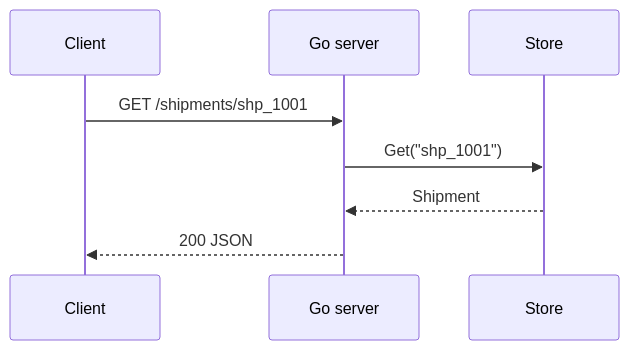
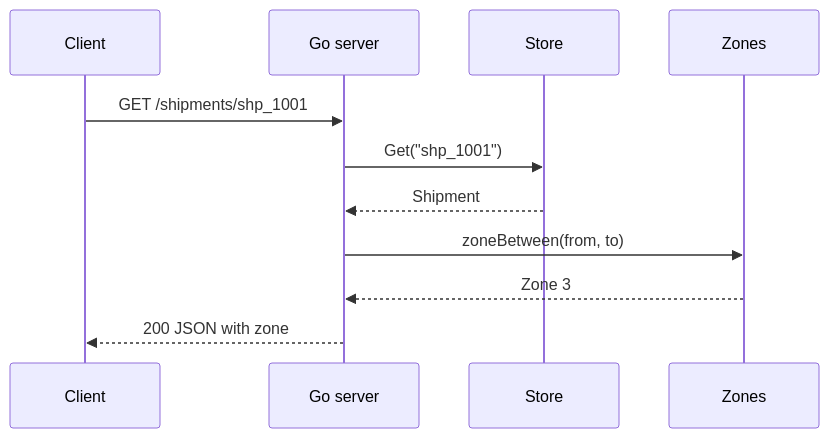
One commit to bojanrajkovic/hermes-playground changed the first of 3 diagrams in docs/architecture.md. Above: the diagram before and after it, drawn with Mermaid. The commit also changed other lines of this file and 7 other files, not shown here.

````diff
--- a/docs/architecture.md
+++ b/docs/architecture.md
@@ -18,10 +19,13 @@
 ```mermaid
 sequenceDiagram
     participant C as Client
     participant S as Go server
     participant T as Store
+    participant Z as Zones
     C->>S: GET /shipments/shp_1001
     S->>T: Get("shp_1001")
     T-->>S: Shipment
-    S-->>C: 200 JSON
+    S->>Z: zoneBetween(from, to)
+    Z-->>S: Zone 3
+    S-->>C: 200 JSON with zone
 ```
````
